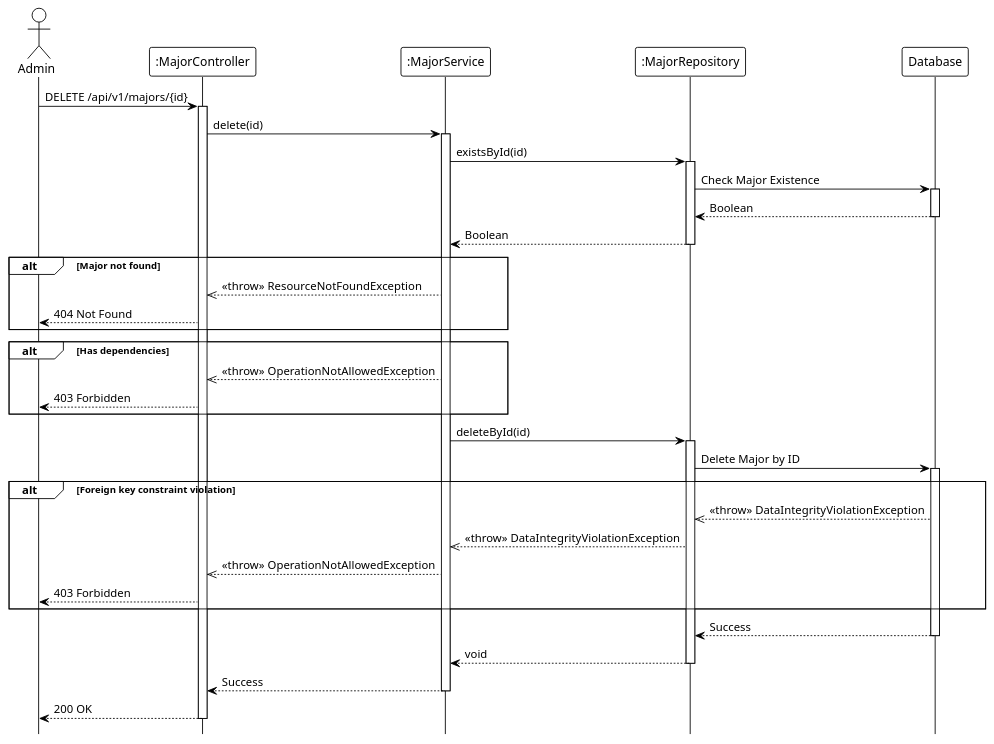
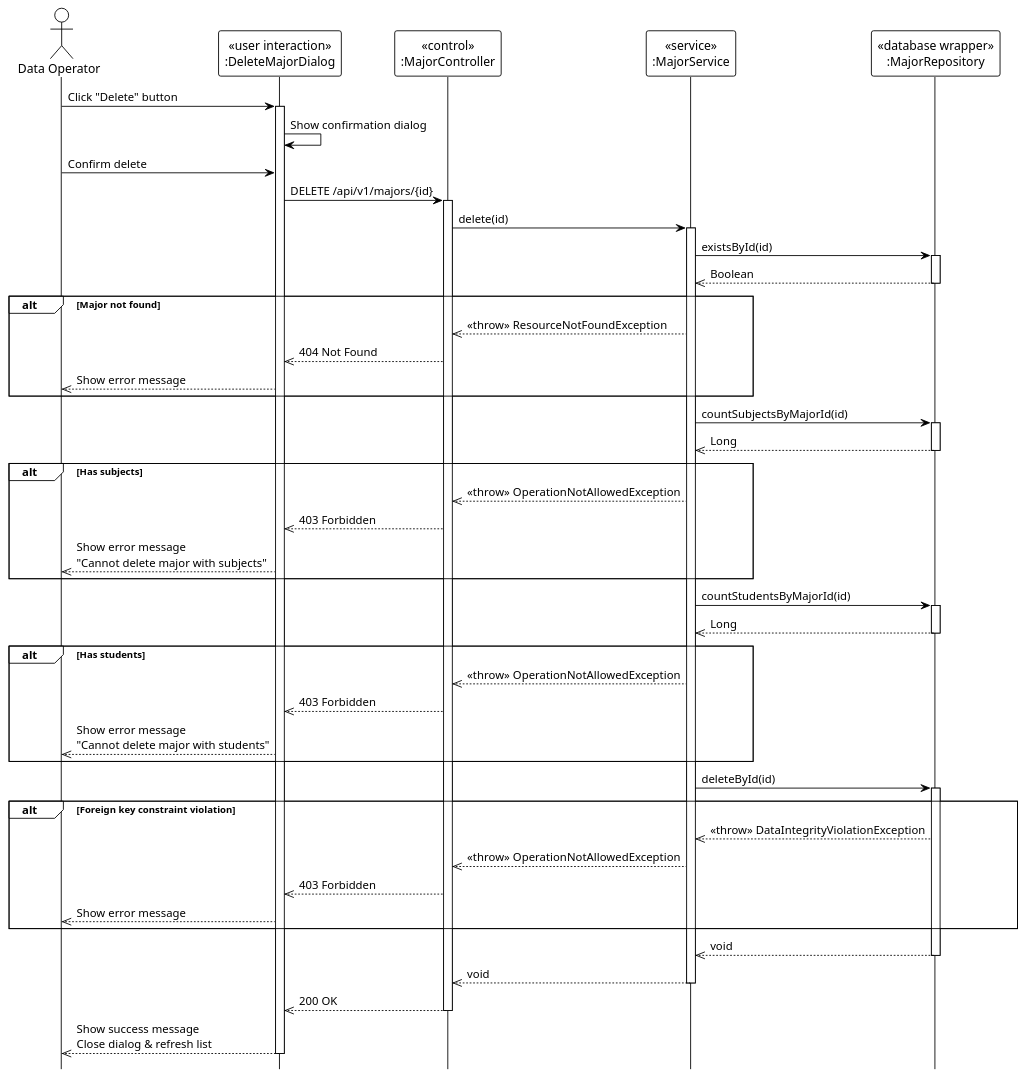
The diagram in system_detailed_design/14_delete_major/sequence_diagram_delete_major.puml (Ndh474/context), drawn with PlantUML before and after one commit. The commit also changed 6 other files, not shown here.

Commit message:
docs(system_detailed_design): add UML stereotypes to major sequence diagrams

```diff
--- a/system_detailed_design/14_delete_major/sequence_diagram_delete_major.puml
+++ b/system_detailed_design/14_delete_major/sequence_diagram_delete_major.puml
@@ -1,67 +1,84 @@
 @startuml delete_major
 !theme plain
 hide footbox
 
-actor Admin
-participant ":MajorController" as Controller
-participant ":MajorService" as Service
-participant ":MajorRepository" as Repository
-participant "Database" as DB
+actor "Data Operator" as DataOperator
 
-' --- MAIN FLOW ---
-Admin -> Controller: DELETE /api/v1/majors/{id}
+participant "«user interaction»\n:DeleteMajorDialog" as UI
+participant "«control»\n:MajorController" as Controller
+participant "«service»\n:MajorService" as Service
+participant "«database wrapper»\n:MajorRepository" as Repository
+
+' === MAIN FLOW ===
+DataOperator -> UI: Click "Delete" button
+activate UI
+
+UI -> UI: Show confirmation dialog
+
+DataOperator -> UI: Confirm delete
+UI -> Controller: DELETE /api/v1/majors/{id}
 activate Controller
 
 Controller -> Service: delete(id)
 activate Service
 
-' --- CHECK EXISTENCE ---
+' === CHECK EXISTENCE ===
 Service -> Repository: existsById(id)
 activate Repository
-
-Repository -> DB: Check Major Existence
-activate DB
-DB --> Repository: Boolean
-deactivate DB
-
-Repository --> Service: Boolean
+Repository -->> Service: Boolean
 deactivate Repository
 
 alt Major not found
     Service -->> Controller: <<throw>> ResourceNotFoundException
-    Controller --> Admin: 404 Not Found
+    Controller -->> UI: 404 Not Found
+    UI -->> DataOperator: Show error message
 end
 
-' Validation logic (internal: check subjects/students count)
+' === CHECK SUBJECTS ===
+Service -> Repository: countSubjectsByMajorId(id)
+activate Repository
+Repository -->> Service: Long
+deactivate Repository
 
-alt Has dependencies
+alt Has subjects
     Service -->> Controller: <<throw>> OperationNotAllowedException
-    Controller --> Admin: 403 Forbidden
+    Controller -->> UI: 403 Forbidden
+    UI -->> DataOperator: Show error message\n"Cannot delete major with subjects"
 end
 
+' === CHECK STUDENTS ===
+Service -> Repository: countStudentsByMajorId(id)
+activate Repository
+Repository -->> Service: Long
+deactivate Repository
+
+alt Has students
+    Service -->> Controller: <<throw>> OperationNotAllowedException
+    Controller -->> UI: 403 Forbidden
+    UI -->> DataOperator: Show error message\n"Cannot delete major with students"
+end
+
+' === DELETE OPERATION ===
 Service -> Repository: deleteById(id)
 activate Repository
 
-Repository -> DB: Delete Major by ID
-activate DB
-
 alt Foreign key constraint violation
-    DB -->> Repository: <<throw>> DataIntegrityViolationException
     Repository -->> Service: <<throw>> DataIntegrityViolationException
     Service -->> Controller: <<throw>> OperationNotAllowedException
-    Controller --> Admin: 403 Forbidden
+    Controller -->> UI: 403 Forbidden
+    UI -->> DataOperator: Show error message
 end
 
-DB --> Repository: Success
-deactivate DB
-
-Repository --> Service: void
+Repository -->> Service: void
 deactivate Repository
 
-Service --> Controller: Success
+Service -->> Controller: void
 deactivate Service
 
-Controller --> Admin: 200 OK
+Controller -->> UI: 200 OK
 deactivate Controller
 
+UI -->> DataOperator: Show success message\nClose dialog & refresh list
+deactivate UI
+
 @enduml
```
